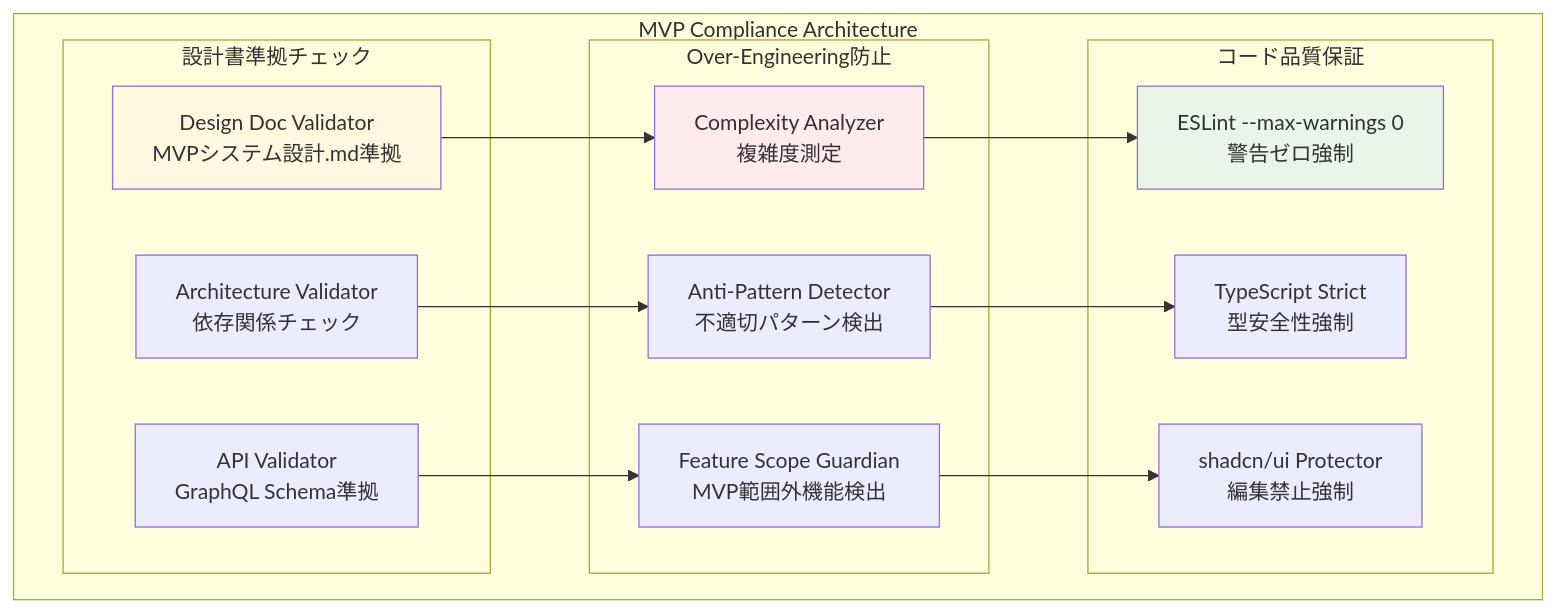
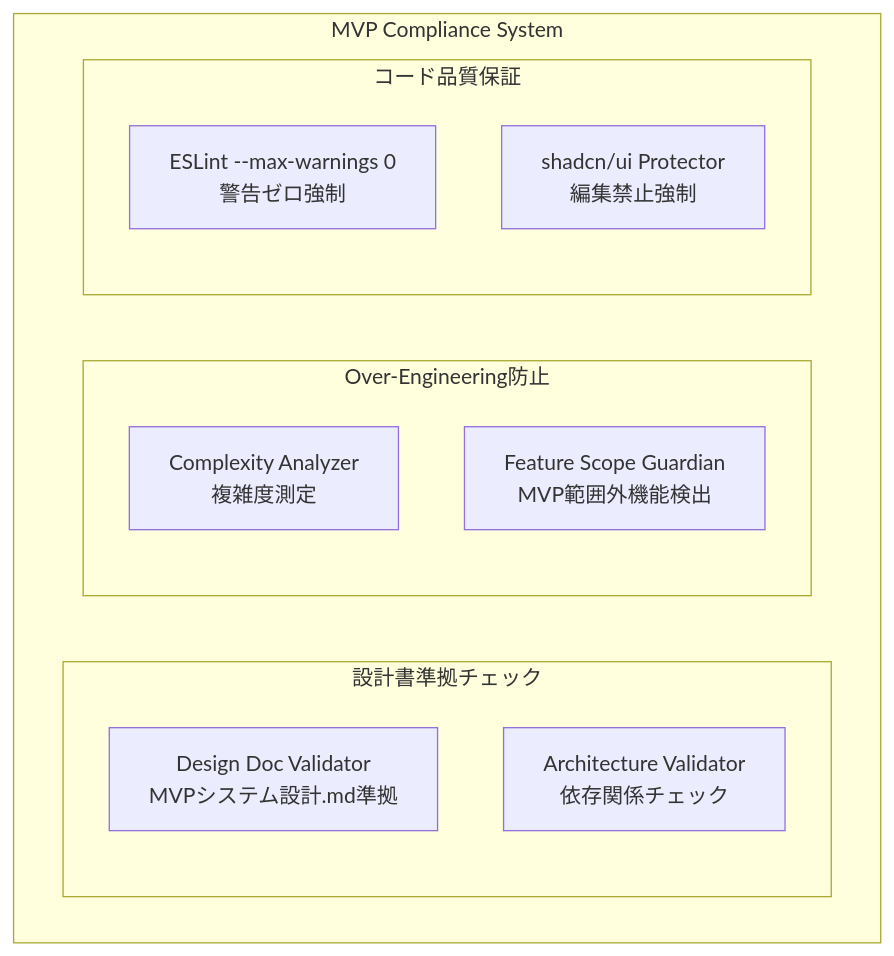
One commit to rnrnstar2/ArbitrageAssistant changed the third of 3 diagrams in docs/quality-department-architecture.md. Above: the diagram before and after it, drawn with Mermaid. The commit also changed other lines of this file and 33 other files, not shown here.

````diff
--- a/docs/quality-department-architecture.md
+++ b/docs/quality-department-architecture.md
@@ -663,33 +187,19 @@
 ```mermaid
 graph TB
-    subgraph "MVP Compliance Architecture"
+    subgraph "MVP Compliance System"
         subgraph "設計書準拠チェック"
             DocValidator[Design Doc Validator<br/>MVPシステム設計.md準拠]
             ArchValidator[Architecture Validator<br/>依存関係チェック]
-            APIValidator[API Validator<br/>GraphQL Schema準拠]
         end
         
         subgraph "Over-Engineering防止"
             ComplexityAnalyzer[Complexity Analyzer<br/>複雑度測定]
-            PatternDetector[Anti-Pattern Detector<br/>不適切パターン検出]
             FeatureScope[Feature Scope Guardian<br/>MVP範囲外機能検出]
         end
         
         subgraph "コード品質保証"
             ESLintEnforcer[ESLint --max-warnings 0<br/>警告ゼロ強制]
-            TypeScriptStrict[TypeScript Strict<br/>型安全性強制]
             ShadcnProtector[shadcn/ui Protector<br/>編集禁止強制]
         end
     end
-    
-    DocValidator --> ComplexityAnalyzer
-    ArchValidator --> PatternDetector
-    APIValidator --> FeatureScope
-    ComplexityAnalyzer --> ESLintEnforcer
-    PatternDetector --> TypeScriptStrict
-    FeatureScope --> ShadcnProtector
-    
-    style DocValidator fill:#fff8e1
-    style ComplexityAnalyzer fill:#ffebee
-    style ESLintEnforcer fill:#e8f5e8
 ```
````
